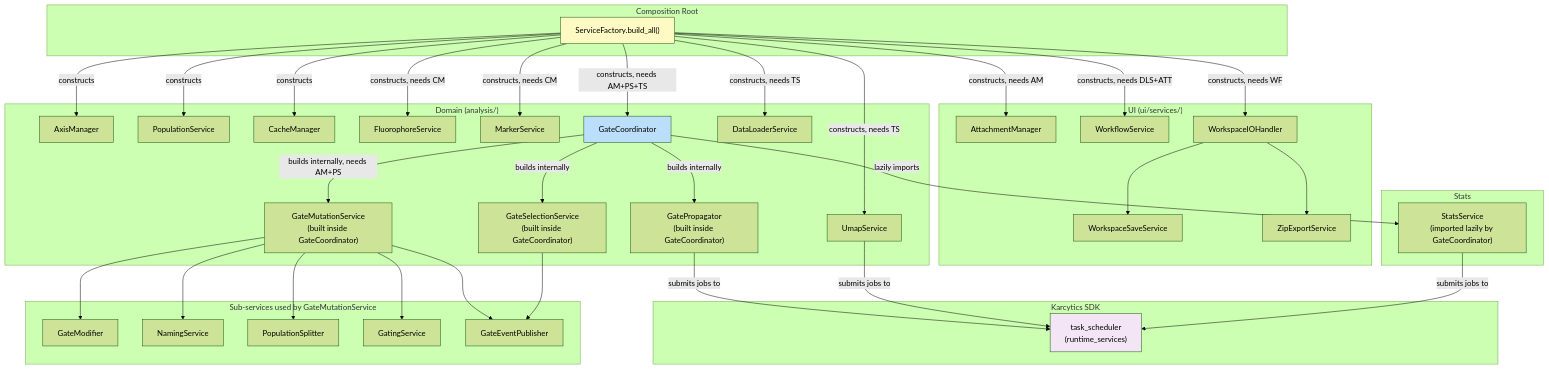
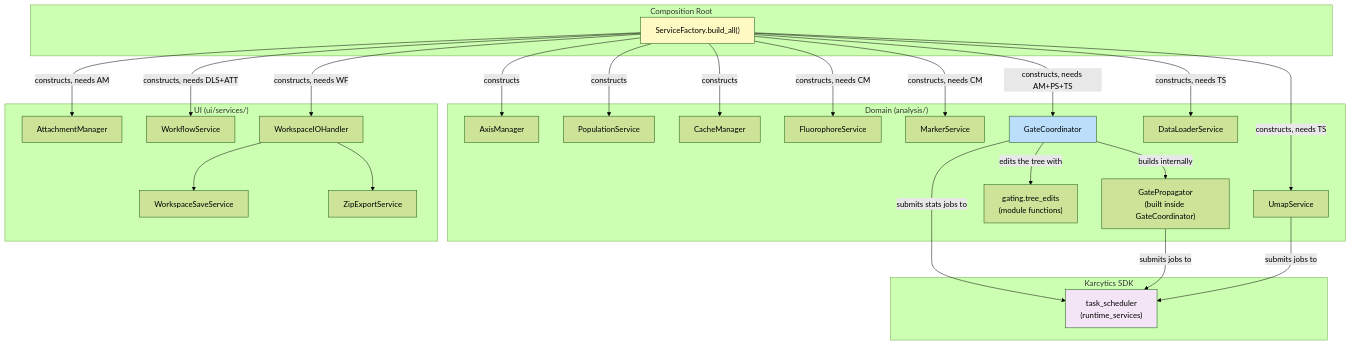
One commit to KalaimaranB/Karcytics-flow-cytometry changed the diagram in docs/developer/04_SERVICES_AND_DEPENDENCY_INJECTION.md. Above: the diagram before and after it, drawn with Mermaid (forest theme). The commit also changed other lines of this file and 62 other files, not shown here.

First line of the commit message:
refactor(gating): one GateCoordinator over pure tree edits

````diff
--- a/docs/developer/04_SERVICES_AND_DEPENDENCY_INJECTION.md
+++ b/docs/developer/04_SERVICES_AND_DEPENDENCY_INJECTION.md
@@ -81,78 +81,56 @@
 ```mermaid
 graph TB
     subgraph SDK["Karcytics SDK"]
         TS["task_scheduler<br/>(runtime_services)"]
     end
 
     subgraph Root["Composition Root"]
         SF["ServiceFactory.build_all()"]
     end
 
     subgraph Domain["Domain (analysis/)"]
         AM["AxisManager"]
         PS["PopulationService"]
         CM["CacheManager"]
         FS["FluorophoreService"]
         MS["MarkerService"]
         GC["GateCoordinator"]
         GP["GatePropagator<br/>(built inside GateCoordinator)"]
-        SEL["GateSelectionService<br/>(built inside GateCoordinator)"]
-        MUT["GateMutationService<br/>(built inside GateCoordinator)"]
+        TE["gating.tree_edits<br/>(module functions)"]
         DLS["DataLoaderService"]
         US["UmapService"]
-    end
-
-    subgraph MutationDeps["Sub-services used by GateMutationService"]
-        MOD["GateModifier"]
-        NAM["NamingService"]
-        SPL["PopulationSplitter"]
-        GS["GatingService"]
-        PUB["GateEventPublisher"]
     end
 
     subgraph UI["UI (ui/services/)"]
         ATT["AttachmentManager"]
         WF["WorkflowService"]
         WIO["WorkspaceIOHandler"]
         WSS["WorkspaceSaveService"]
         ZIP["ZipExportService"]
-    end
-
-    subgraph Stats["Stats"]
-        STS["StatsService<br/>(imported lazily by GateCoordinator)"]
     end
 
     SF -->|constructs| AM
     SF -->|constructs| PS
     SF -->|constructs| CM
     SF -->|constructs, needs CM| FS
     SF -->|constructs, needs CM| MS
     SF -->|constructs, needs AM+PS+TS| GC
     SF -->|constructs, needs TS| DLS
     SF -->|constructs, needs AM| ATT
     SF -->|constructs, needs DLS+ATT| WF
     SF -->|constructs, needs TS| US
     SF -->|constructs, needs WF| WIO
 
     GC -->|builds internally| GP
-    GC -->|builds internally| SEL
-    GC -->|builds internally, needs AM+PS| MUT
+    GC -->|edits the tree with| TE
+    GC -->|submits stats jobs to| TS
     GP -->|submits jobs to| TS
     US -->|submits jobs to| TS
-
-    MUT --> MOD
-    MUT --> NAM
-    MUT --> SPL
-    MUT --> GS
-    MUT --> PUB
-    SEL --> PUB
-    GC -->|lazily imports| STS
-    STS -->|submits jobs to| TS
 
     WIO --> WSS
     WIO --> ZIP
 
     style SF fill:#fff9c4
     style GC fill:#bbdefb
     style TS fill:#f3e5f5
 ```
````
